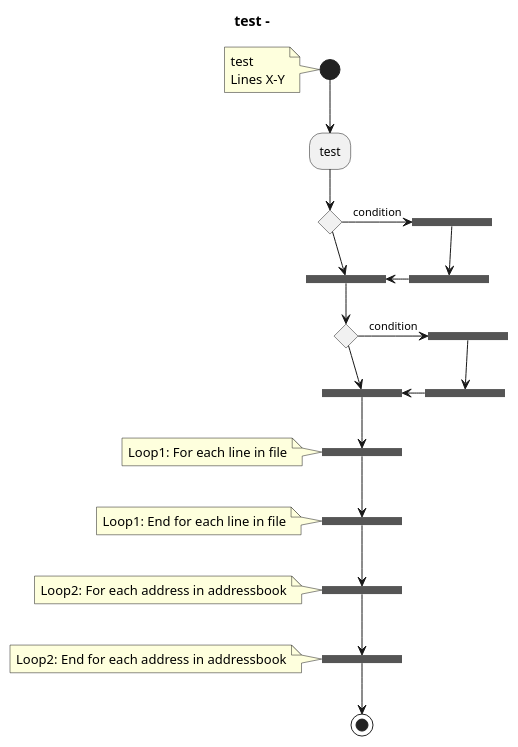
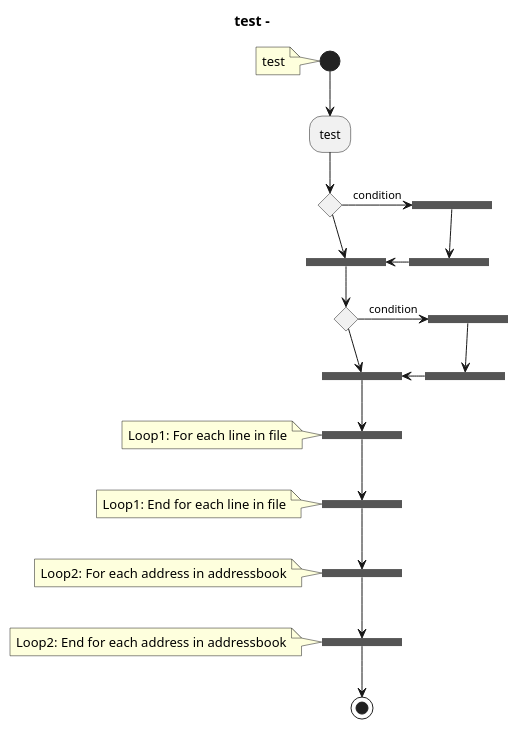
Diagram 13 of 13 in org-mode.org (byronsanchez/org-mode-doc), drawn with PlantUML before and after one commit. The commit also changed other lines of this file, not shown here.

Commit message:
Drop line references from activity diagrams

```diff
--- a/org-mode.org
+++ b/org-mode.org
@@ -3742,36 +3742,36 @@
 #+begin_src plantuml :file test-act4.png :cache yes :tangle test-act4.txt :exports both
 @startuml
 skinparam activity {
 BackgroundColor<<New>> Cyan
 }
 
 title test - 
-note left: test\nLines X-Y
+note left: test
 (*) --> "test"
 if "" then
   -> [condition] ==IF1==
   --> ==IF1M1==
   -left-> ==IF1M2==
 else
 end if
 --> ==IF1M2==
 if "" then
   -> [condition] ==IF2==
   --> ==IF2M1==
   -left-> ==IF2M2==
 else
 end if
 --> ==IF2M2==
 --> ==LOOP1==
 note left: Loop1: For each line in file
 --> ==ENDLOOP1==
 note left: Loop1: End for each line in file
 --> ==LOOP2==
 note left: Loop2: For each address in addressbook
 --> ==ENDLOOP2==
 note left: Loop2: End for each address in addressbook
 
 --> (*)
 
 @enduml
 #+end_src
```
